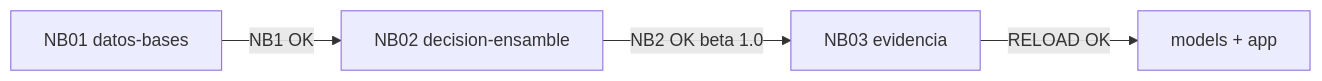
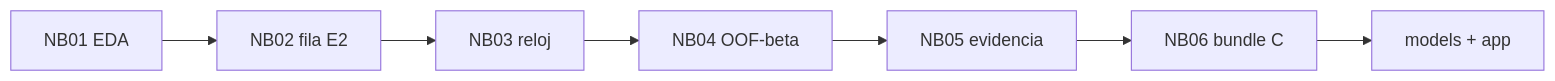
The diagram in MLProyectVault/visuals/n04-cadena-estado.mmd (mikelrh-dev/nasa-rul-ds02), drawn with Mermaid before and after one commit. The commit also changed 80 other files, not shown here.

```diff
--- a/MLProyectVault/visuals/n04-cadena-estado.mmd
+++ b/MLProyectVault/visuals/n04-cadena-estado.mmd
@@ -1,4 +1,7 @@
 flowchart LR
-    A[NB01 datos-bases] -->|NB1 OK| B[NB02 decision-ensamble]
-    B -->|NB2 OK beta 1.0| C[NB03 evidencia]
-    C -->|RELOAD OK| D[models + app]
+    A[NB01 EDA] --> B[NB02 fila E2]
+    B --> C[NB03 reloj]
+    C --> D[NB04 OOF-beta]
+    D --> E[NB05 evidencia]
+    E --> F[NB06 bundle C]
+    F --> G[models + app]
```
